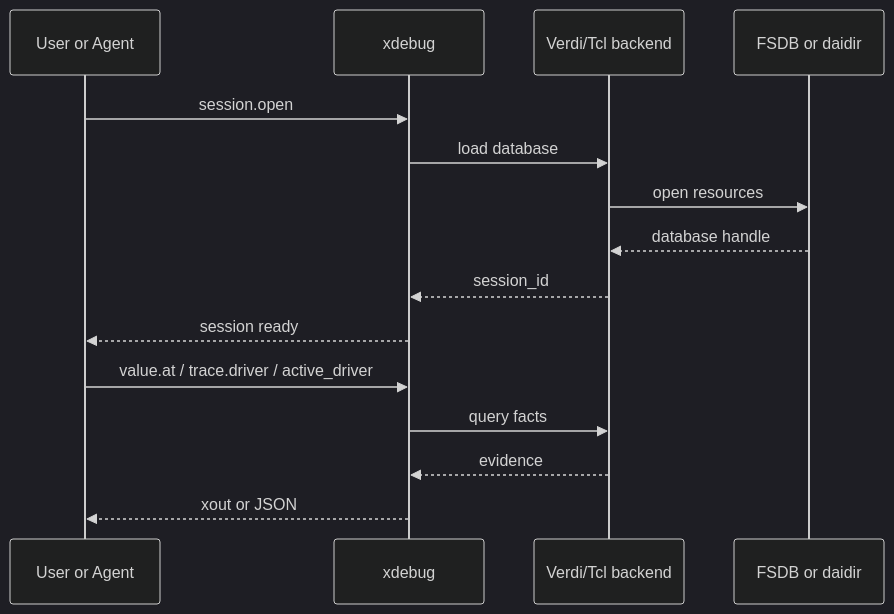
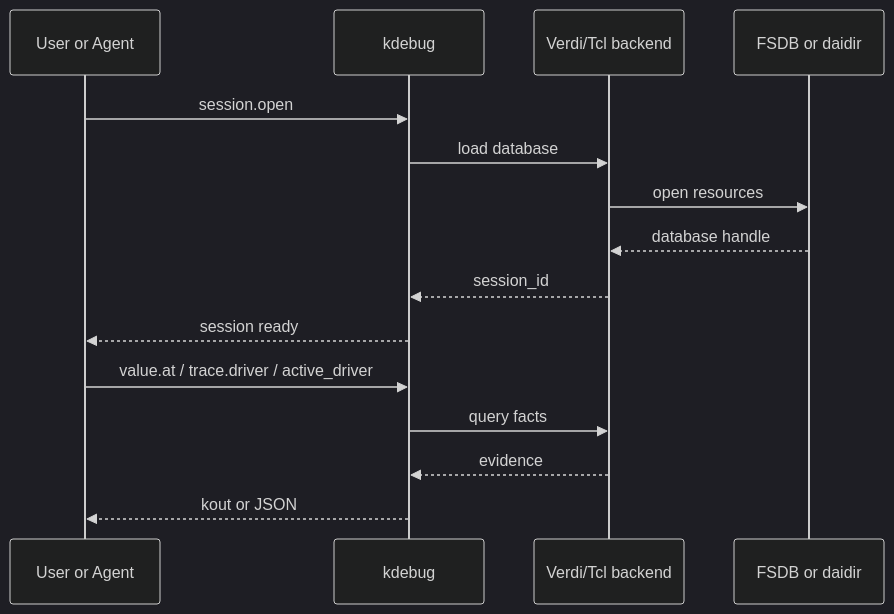
Before and after one commit to ysyx-22040210-yudian/xverif: the second of 6 diagrams in README.md, drawn with Mermaid (dark theme). The commit also changed other lines of this file and 2243 other files, not shown here.

````diff
--- a/README.md
+++ b/README.md
@@ -1194,18 +1196,18 @@
 ```mermaid
 sequenceDiagram
     participant U as User or Agent
-    participant X as xdebug
+    participant X as kdebug
     participant D as Verdi/Tcl backend
     participant F as FSDB or daidir
 
     U->>X: session.open
     X->>D: load database
     D->>F: open resources
     F-->>D: database handle
     D-->>X: session_id
     X-->>U: session ready
     U->>X: value.at / trace.driver / active_driver
     X->>D: query facts
     D-->>X: evidence
-    X-->>U: xout or JSON
+    X-->>U: kout or JSON
 ```
````
